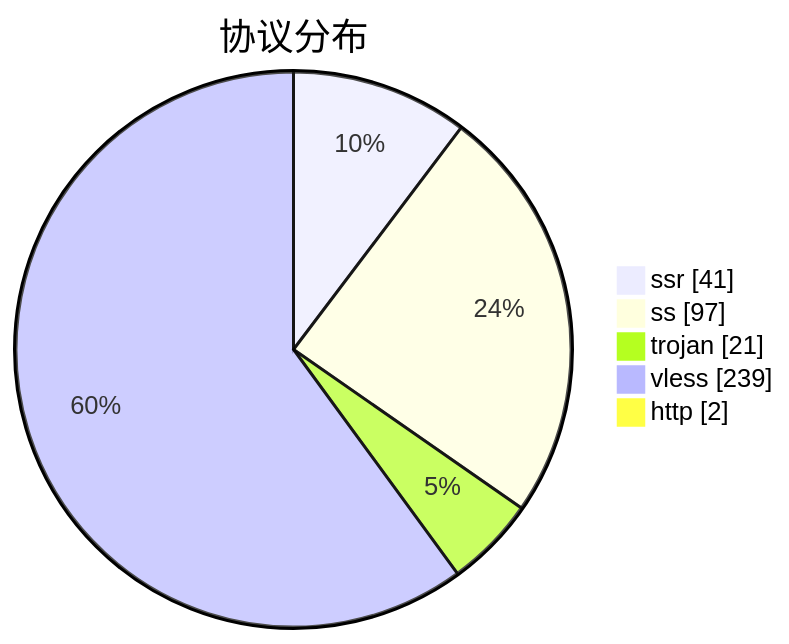
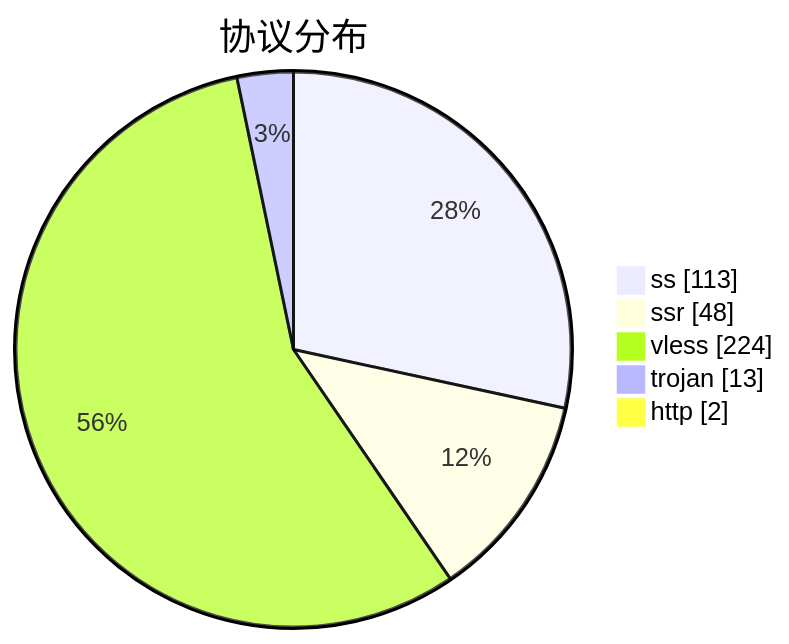
The third of 3 diagrams in subs/statistics/tested_within.md (qjlxg/airport), drawn with Mermaid before and after one commit. The commit also changed other lines of this file and 2 other files, not shown here.

````diff
--- a/subs/statistics/tested_within.md
+++ b/subs/statistics/tested_within.md
@@ -18,9 +18,9 @@
 ```mermaid
 pie showData
 title 协议分布
-"ssr" : 41
-"ss" : 97
-"trojan" : 21
-"vless" : 239
+"ss" : 113
+"ssr" : 48
+"vless" : 224
+"trojan" : 13
 "http" : 2
 ```
````
